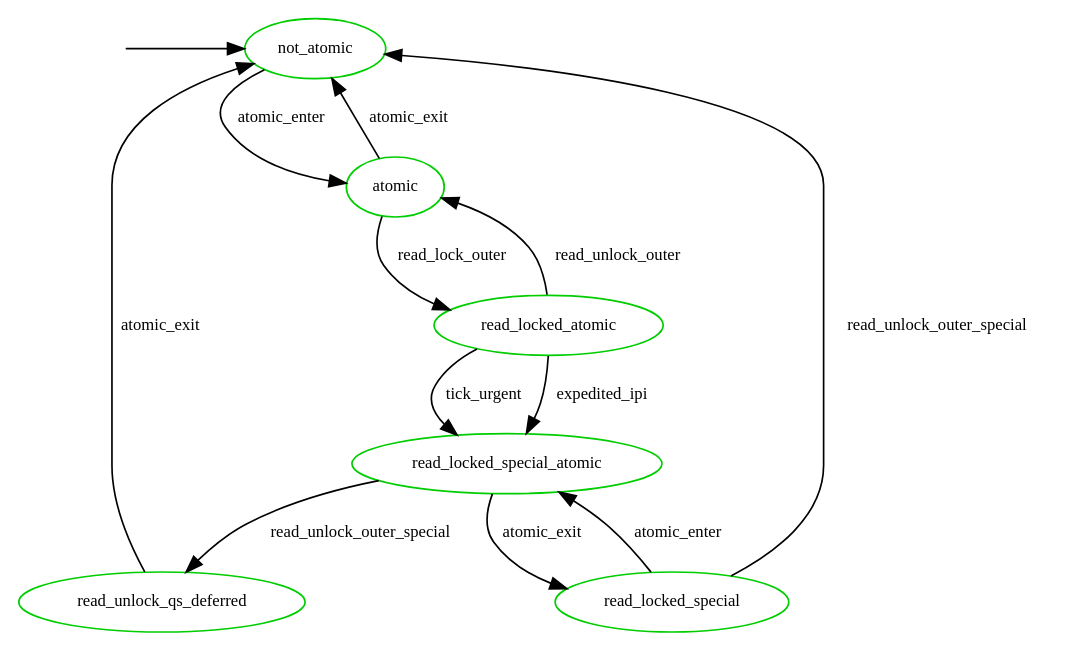
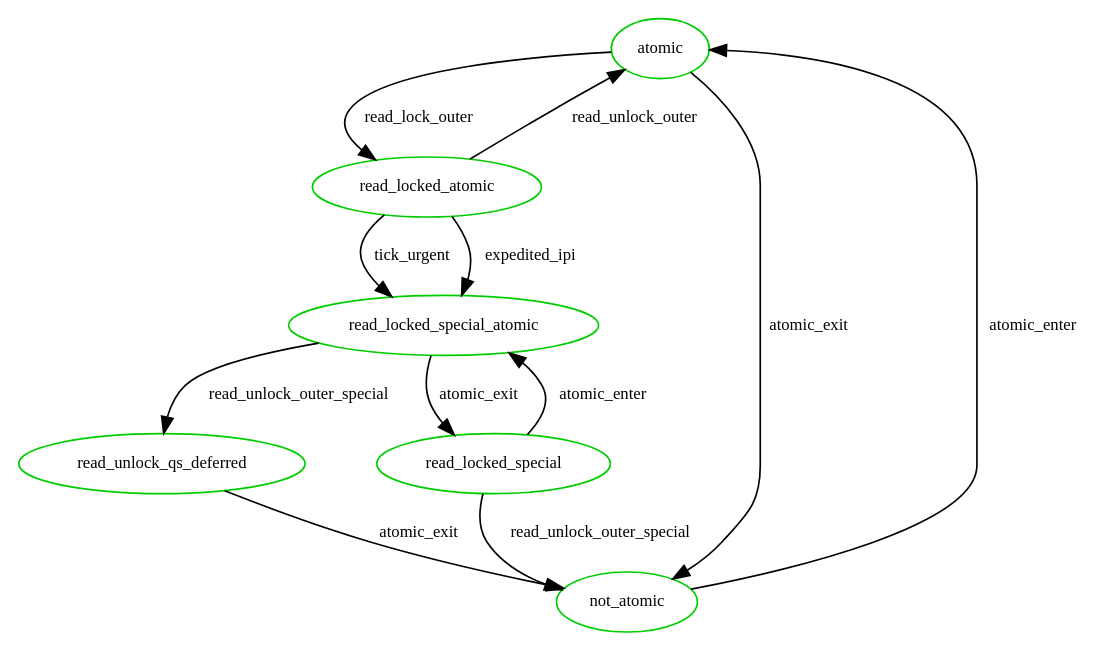
Before and after one commit to joelagnel/RCU_Supremica: the diagram in Dot_Models/defer_atomic_rlock_runlock.dot, drawn with Graphviz. The commit also changed 1 other file, not shown here.

```diff
--- a/Dot_Models/defer_atomic_rlock_runlock.dot
+++ b/Dot_Models/defer_atomic_rlock_runlock.dot
@@ -1,37 +1,38 @@
 digraph state_automaton {
 	center = true;
 	// size = "700,800";
 	nodesep = 0.5;
-	{node [shape = plaintext, style=invis, label=""] "__init_not_atomic"};
+	// {node [shape = plaintext, style=invis, label=""] "__init_not_atomic"};
 	node [shape = ellipse, fontsize=10, color = green3];
 	edge [fontsize=10];
 
-	"__init_not_atomic" -> "not_atomic";
+	// "__init_not_atomic" -> "not_atomic";
 
 	/* Handling for pirq dis, read-lock, read-unlock, pirq en */
 	"atomic" [label = "atomic"];
 	"read_locked_atomic" [label = "read_locked_atomic"];
 	"read_unlock_qs_deferred" [label = "read_unlock_qs_deferred"];
 
 	"atomic" -> "read_locked_atomic" [ label = "read_lock_outer" ];
 	"read_locked_atomic" -> "atomic" [ label = "read_unlock_outer" ];
 	/* After transition to read_locked_special_atomic,
 	 * everything remains same as defer_rlock_atomic_runlock.dot */
 	"read_locked_atomic" -> "read_locked_special_atomic" [ label = "tick_urgent" ];
 	"read_locked_atomic" -> "read_locked_special_atomic" [ label = "expedited_ipi" ];
 
         "read_locked_special" -> "read_locked_special_atomic" [ label = "atomic_enter" ];
         "read_locked_special_atomic" -> "read_locked_special" [ label = "atomic_exit" ];
 
 	"read_locked_special" -> "not_atomic" [ label = "read_unlock_outer_special" ];
 	"atomic" -> "not_atomic" [ label = "atomic_exit" ];
 	"not_atomic" -> "atomic" [ label = "atomic_enter" ];
 
 	"read_locked_special_atomic" -> "read_unlock_qs_deferred" [ label = "read_unlock_outer_special" ];
 	"read_unlock_qs_deferred" -> "not_atomic" [ label = "atomic_exit" ];
-
+/*
 	{ rank = min ;
 		"__init_not_atomic";
 		"not_atomic";
 	}
+*/
 }
```
